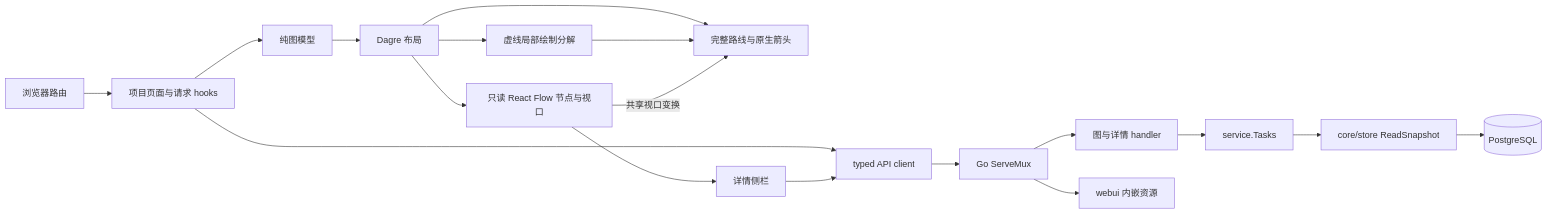
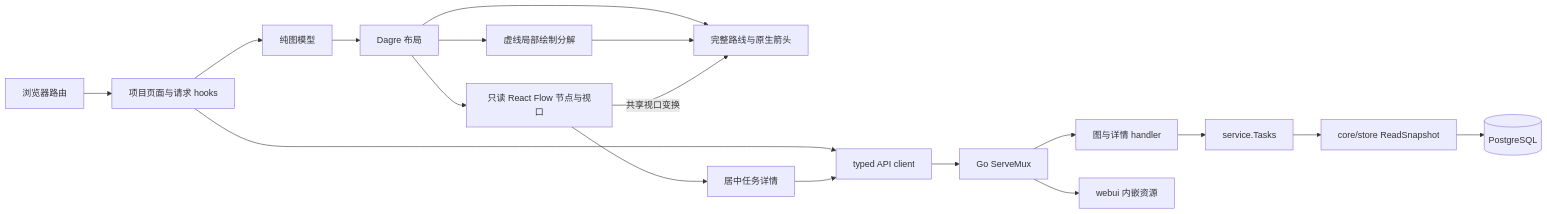
Before and after one commit to codetreker/day-night: the diagram in docs/design/daynight-web.md, drawn with Mermaid. The commit also changed other lines of this file and 55 other files, not shown here.

````diff
--- a/docs/design/daynight-web.md
+++ b/docs/design/daynight-web.md
@@ -307,20 +305,20 @@
 ```mermaid
 flowchart LR
   Browser[浏览器路由] --> Page[项目页面与请求 hooks]
   Page --> Client[typed API client]
   Page --> Model[纯图模型]
   Model --> Layout[Dagre 布局]
   Layout --> Canvas[只读 React Flow 节点与视口]
   Layout --> Paint[虚线局部绘制分解]
   Layout --> SVG[完整路线与原生箭头]
   Paint --> SVG
   Canvas -->|共享视口变换| SVG
-  Canvas --> Drawer[详情侧栏]
-  Drawer --> Client
+  Canvas --> Detail[居中任务详情]
+  Detail --> Client
   Client --> Mux[Go ServeMux]
   Mux --> HTTP[图与详情 handler]
   Mux --> Assets[webui 内嵌资源]
   HTTP --> Service[service.Tasks]
   Service --> Store[core/store ReadSnapshot]
   Store --> PG[(PostgreSQL)]
 ```
````
